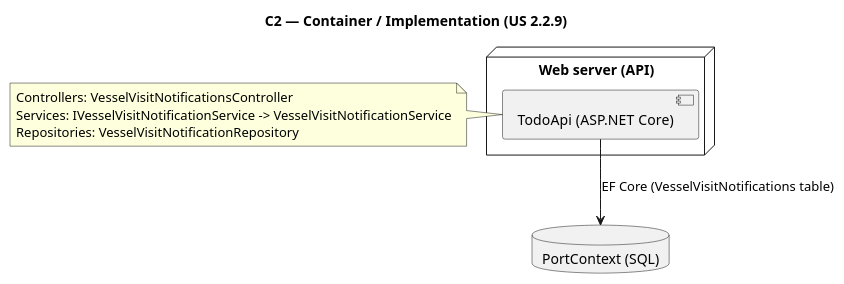
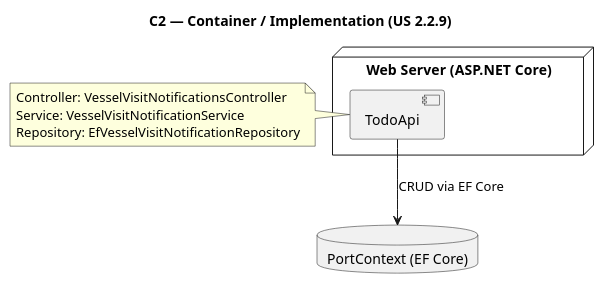
The diagram in Docs/Sprint A/US 2.2.9/Modelo C4/C2_Impl.puml (Departamento-de-Engenharia-Informatica/LEI-SEM5-PI-2025-26-3DM-03), drawn with PlantUML before and after one commit. The commit also changed other lines of this file and 12 other files, not shown here.

Commit message:
Refactor UML diagrams for Vessel Visit Notifications #10

```diff
--- a/Docs/Sprint A/US 2.2.9/Modelo C4/C2_Impl.puml
+++ b/Docs/Sprint A/US 2.2.9/Modelo C4/C2_Impl.puml
@@ -2,18 +1,18 @@
 @startuml C2_Impl
 title C2 — Container / Implementation (US 2.2.9)
 
-node "Web server (API)" as ApiServer {
-  component "TodoApi (ASP.NET Core)" as TodoApi
+node "Web Server (ASP.NET Core)" as ApiServer {
+  component "TodoApi" as API
 }
 
-database "PortContext (SQL)" as Db
+database "PortContext (EF Core)" as Db
 
-TodoApi --> Db : EF Core (VesselVisitNotifications table)
+API --> Db : CRUD via EF Core
 
-note left of TodoApi
-Controllers: VesselVisitNotificationsController
-Services: IVesselVisitNotificationService -> VesselVisitNotificationService
-Repositories: VesselVisitNotificationRepository
+note left of API
+Controller: VesselVisitNotificationsController
+Service: VesselVisitNotificationService
+Repository: EfVesselVisitNotificationRepository
 end note
 
 @enduml
```
